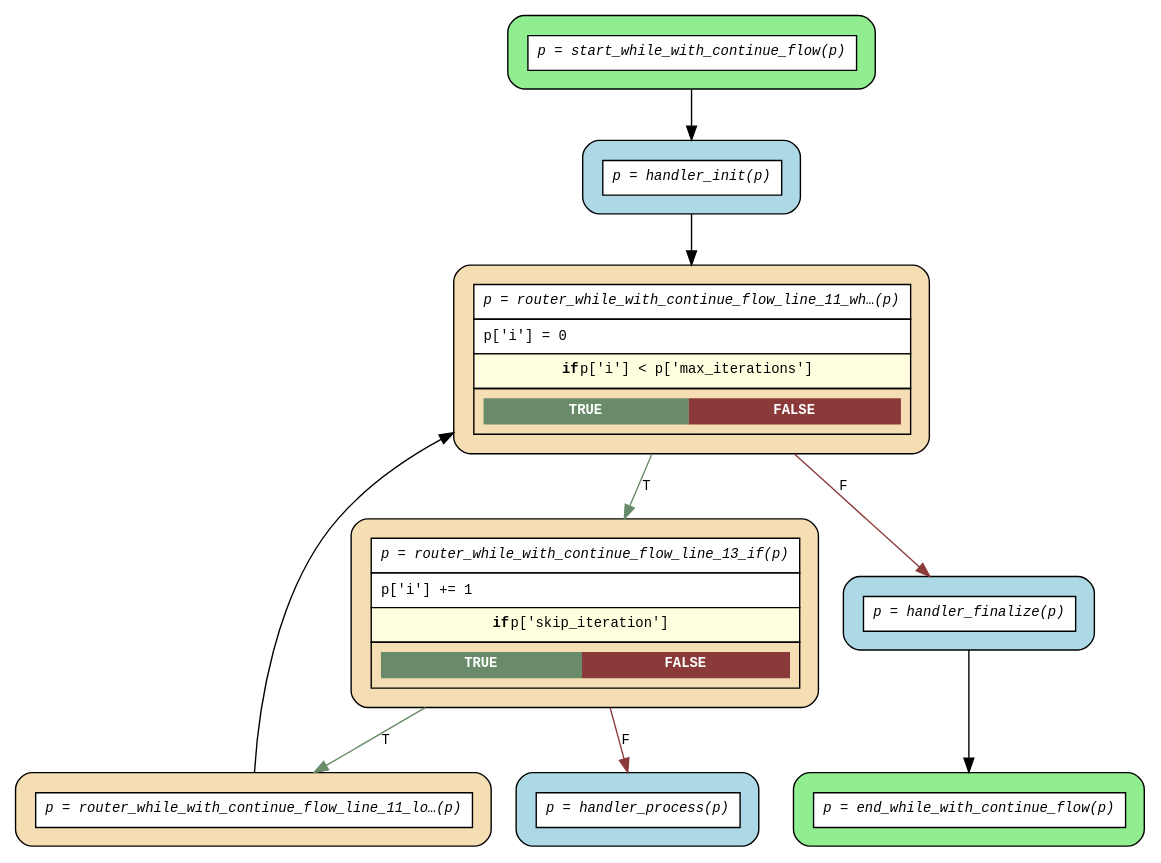
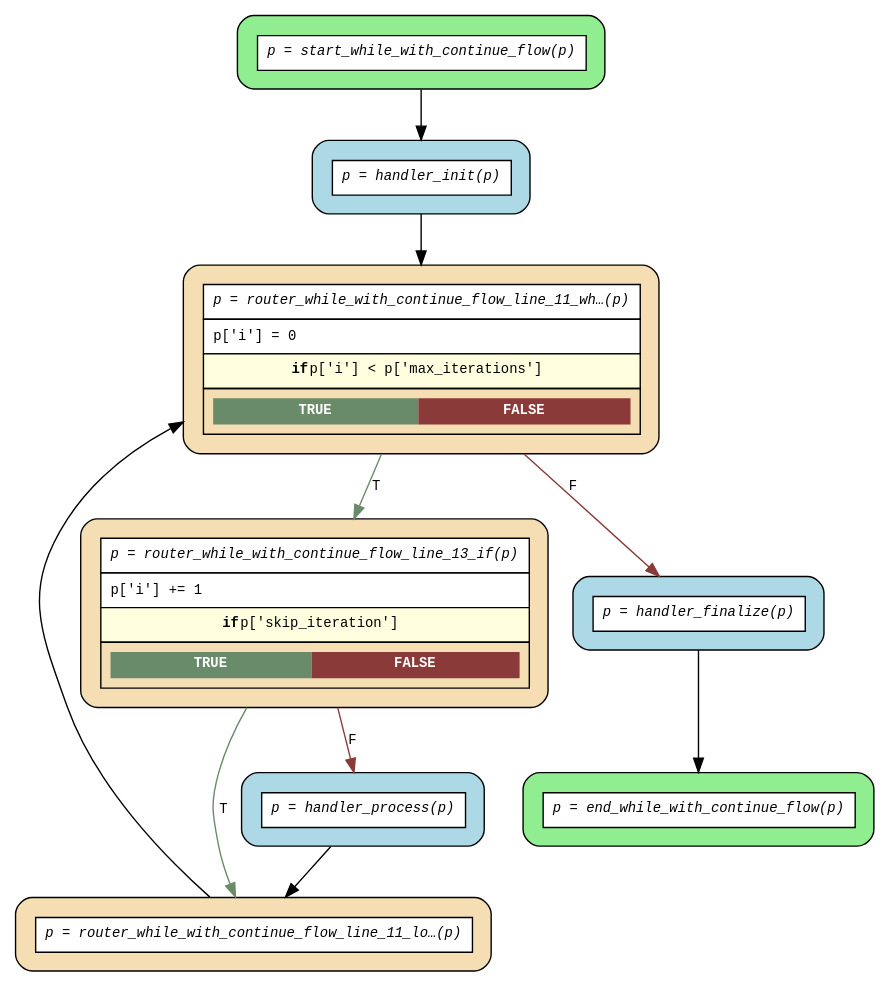
One commit to deliveryhero/asya changed the diagram in examples/flows/compiled/while_with_continue/flow.dot. Above: the diagram before and after it, drawn with Graphviz. The commit also changed 29 other files, not shown here.

First line of the commit message:
fix(dotgen): connect while-loop body actors to loop_back router

```diff
--- a/examples/flows/compiled/while_with_continue/flow.dot
+++ b/examples/flows/compiled/while_with_continue/flow.dot
@@ -1,24 +1,25 @@
 digraph flow {
   rankdir=TB;
   graph [fontname="Courier", fontsize=10];
   node [fontname="Courier", fontsize=10, shape=box, style="filled,rounded", margin="0.2"];
   edge [fontname="Courier", fontsize=10];
 
   start_while_with_continue_flow [fillcolor="lightgreen", label=<<table border="0" cellspacing="0" cellpadding="6" cellborder="1"><tr><td bgcolor="white" align="center"><i>p = start_while_with_continue_flow(p)</i></td></tr></table>>];
   router_while_with_continue_flow_line_13_if [fillcolor="wheat", label=<<table border="0" cellspacing="0" cellpadding="6" cellborder="1"><tr><td bgcolor="white" align="center"><i>p = router_while_with_continue_flow_line_13_if(p)</i></td></tr><tr><td bgcolor="white" align="left">p['i'] += 1</td></tr><tr><td bgcolor="lightyellow"><b>if</b> p['skip_iteration']</td></tr><tr><td><table border="0" cellspacing="0" cellpadding="4"><tr><td bgcolor="darkseagreen4"><font color="white"><b>TRUE</b></font></td><td bgcolor="indianred4"><font color="white"><b>FALSE</b></font></td></tr></table></td></tr></table>>];
   router_while_with_continue_flow_line_11_loop_back_0 [fillcolor="wheat", label=<<table border="0" cellspacing="0" cellpadding="6" cellborder="1"><tr><td bgcolor="white" align="center"><i>p = router_while_with_continue_flow_line_11_lo…(p)</i></td></tr></table>>];
   router_while_with_continue_flow_line_11_while_0 [fillcolor="wheat", label=<<table border="0" cellspacing="0" cellpadding="6" cellborder="1"><tr><td bgcolor="white" align="center"><i>p = router_while_with_continue_flow_line_11_wh…(p)</i></td></tr><tr><td bgcolor="white" align="left">p['i'] = 0</td></tr><tr><td bgcolor="lightyellow"><b>if</b> p['i'] &lt; p['max_iterations']</td></tr><tr><td><table border="0" cellspacing="0" cellpadding="4"><tr><td bgcolor="darkseagreen4"><font color="white"><b>TRUE</b></font></td><td bgcolor="indianred4"><font color="white"><b>FALSE</b></font></td></tr></table></td></tr></table>>];
   end_while_with_continue_flow [fillcolor="lightgreen", label=<<table border="0" cellspacing="0" cellpadding="6" cellborder="1"><tr><td bgcolor="white" align="center"><i>p = end_while_with_continue_flow(p)</i></td></tr></table>>];
   handler_finalize [fillcolor="lightblue", label=<<table border="0" cellspacing="0" cellpadding="6" cellborder="1"><tr><td bgcolor="white" align="center"><i>p = handler_finalize(p)</i></td></tr></table>>];
   handler_init [fillcolor="lightblue", label=<<table border="0" cellspacing="0" cellpadding="6" cellborder="1"><tr><td bgcolor="white" align="center"><i>p = handler_init(p)</i></td></tr></table>>];
   handler_process [fillcolor="lightblue", label=<<table border="0" cellspacing="0" cellpadding="6" cellborder="1"><tr><td bgcolor="white" align="center"><i>p = handler_process(p)</i></td></tr></table>>];
 
   handler_finalize -> end_while_with_continue_flow;
   handler_init -> router_while_with_continue_flow_line_11_while_0;
+  handler_process -> router_while_with_continue_flow_line_11_loop_back_0;
   router_while_with_continue_flow_line_11_loop_back_0 -> router_while_with_continue_flow_line_11_while_0 [constraint=false];
   router_while_with_continue_flow_line_11_while_0 -> handler_finalize [label="F", color=indianred4];
   router_while_with_continue_flow_line_11_while_0 -> router_while_with_continue_flow_line_13_if [label="T", color=darkseagreen4];
   router_while_with_continue_flow_line_13_if -> handler_process [label="F", color=indianred4];
   router_while_with_continue_flow_line_13_if -> router_while_with_continue_flow_line_11_loop_back_0 [label="T", color=darkseagreen4];
   start_while_with_continue_flow -> handler_init;
 }
```
